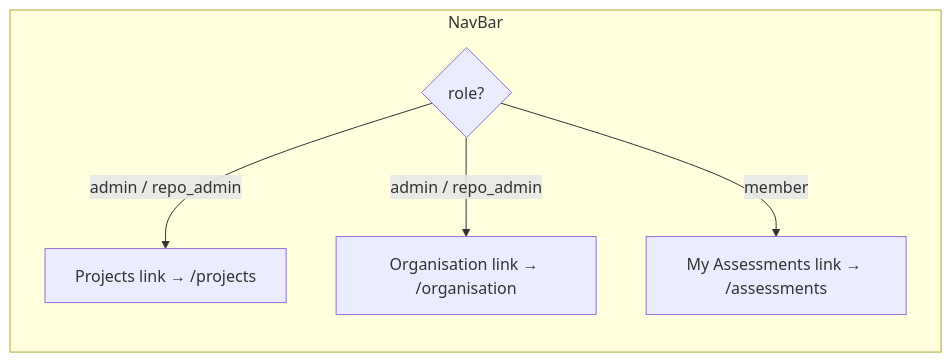
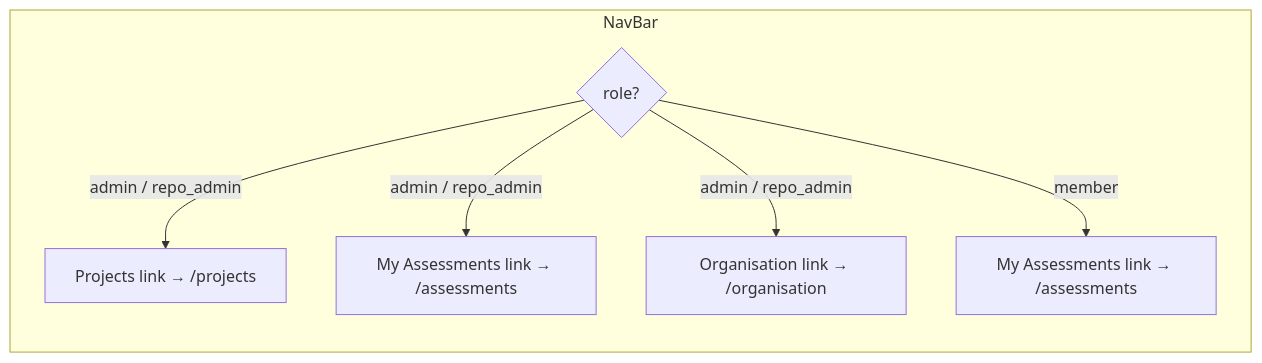
One commit to mironyx/feature-comprehension-score changed the first of 6 diagrams in docs/design/lld-v11-e11-4-navigation-routing.md. Above: the diagram before and after it, drawn with Mermaid. The commit also changed other lines of this file, not shown here.

Commit message:
docs: LLD E11.4 — admin My Assessments link in NavBar design #438

````diff
--- a/docs/design/lld-v11-e11-4-navigation-routing.md
+++ b/docs/design/lld-v11-e11-4-navigation-routing.md
@@ -30,9 +30,10 @@
 ```mermaid
 graph LR
   subgraph NavBar
     A{role?}
     A -->|admin / repo_admin| B["Projects link → /projects"]
+    A -->|admin / repo_admin| E["My Assessments link → /assessments"]
     A -->|admin / repo_admin| C["Organisation link → /organisation"]
     A -->|member| D["My Assessments link → /assessments"]
   end
 ```
````
